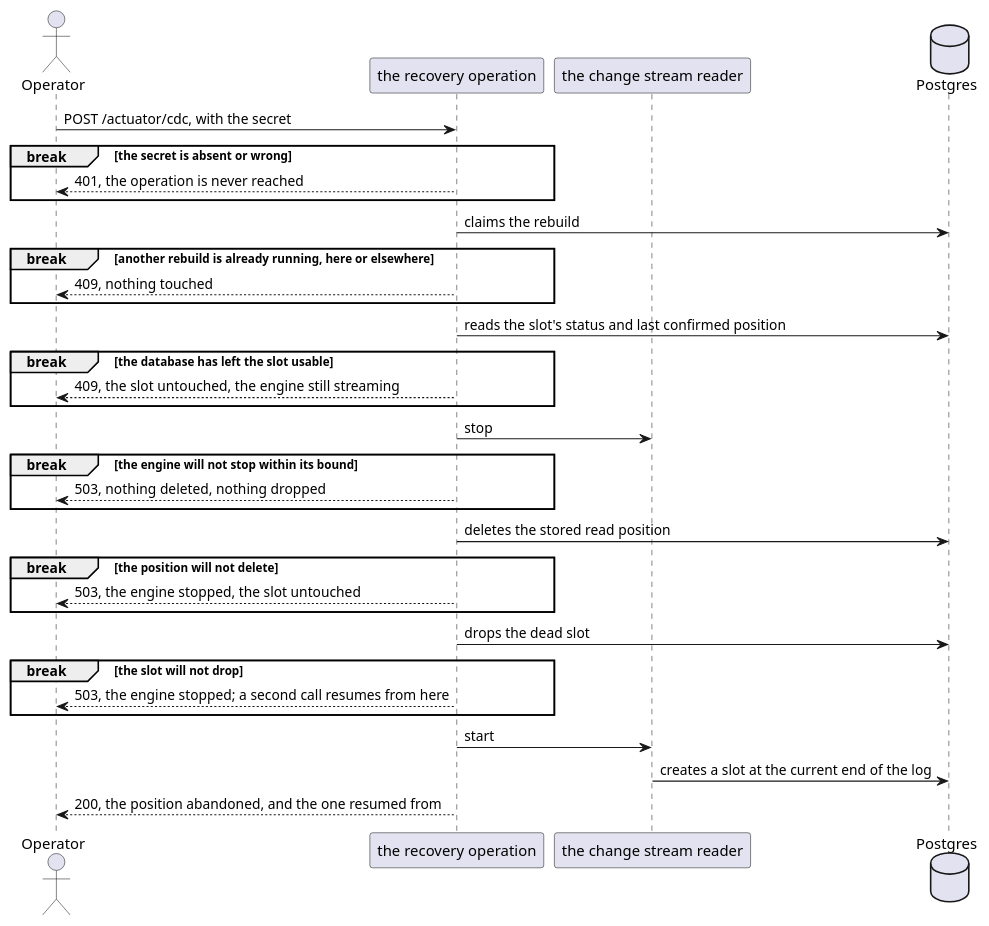
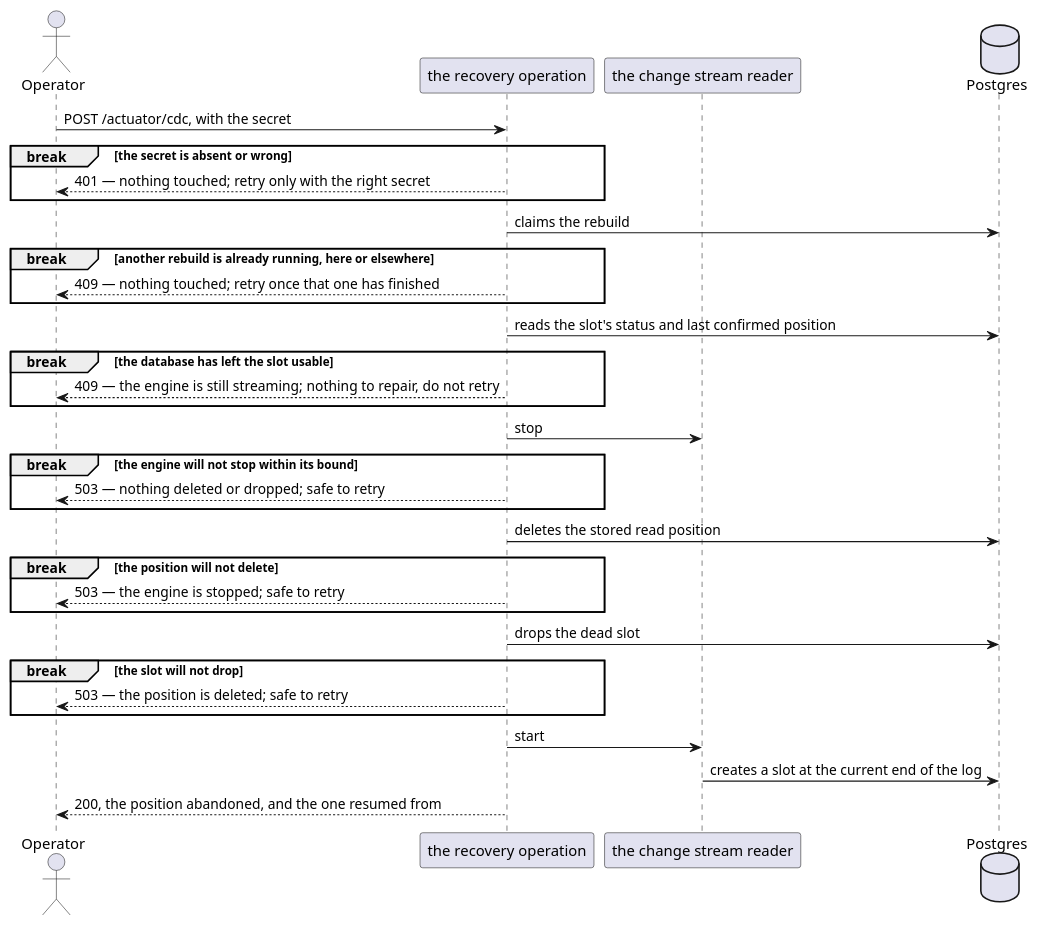
The diagram in ledger-service/docs/contracts/in/operations.md (ds-usova/finance-bot), drawn with PlantUML before and after one commit. The commit also changed other lines of this file, not shown here.

Commit message:
Documentation: say at each refusal whether the call is worth repeating

````diff
--- a/ledger-service/docs/contracts/in/operations.md
+++ b/ledger-service/docs/contracts/in/operations.md
@@ -80,48 +80,48 @@
 ```plantuml
 @startuml
 actor Operator
 participant "the recovery operation" as Endpoint
 participant "the change stream reader" as Reader
 database "Postgres" as PG
 
 Operator -> Endpoint : POST /actuator/cdc, with the secret
 
 break the secret is absent or wrong
-    Endpoint --> Operator : 401, the operation is never reached
+    Endpoint --> Operator : 401 — nothing touched; retry only with the right secret
 end
 
 Endpoint -> PG : claims the rebuild
 
 break another rebuild is already running, here or elsewhere
-    Endpoint --> Operator : 409, nothing touched
+    Endpoint --> Operator : 409 — nothing touched; retry once that one has finished
 end
 
 Endpoint -> PG : reads the slot's status and last confirmed position
 
 break the database has left the slot usable
-    Endpoint --> Operator : 409, the slot untouched, the engine still streaming
+    Endpoint --> Operator : 409 — the engine is still streaming; nothing to repair, do not retry
 end
 
 Endpoint -> Reader : stop
 
 break the engine will not stop within its bound
-    Endpoint --> Operator : 503, nothing deleted, nothing dropped
+    Endpoint --> Operator : 503 — nothing deleted or dropped; safe to retry
 end
 
 Endpoint -> PG : deletes the stored read position
 
 break the position will not delete
-    Endpoint --> Operator : 503, the engine stopped, the slot untouched
+    Endpoint --> Operator : 503 — the engine is stopped; safe to retry
 end
 
 Endpoint -> PG : drops the dead slot
 
 break the slot will not drop
-    Endpoint --> Operator : 503, the engine stopped; a second call resumes from here
+    Endpoint --> Operator : 503 — the position is deleted; safe to retry
 end
 
 Endpoint -> Reader : start
 Reader -> PG : creates a slot at the current end of the log
 Endpoint --> Operator : 200, the position abandoned, and the one resumed from
 @enduml
 ```
````
